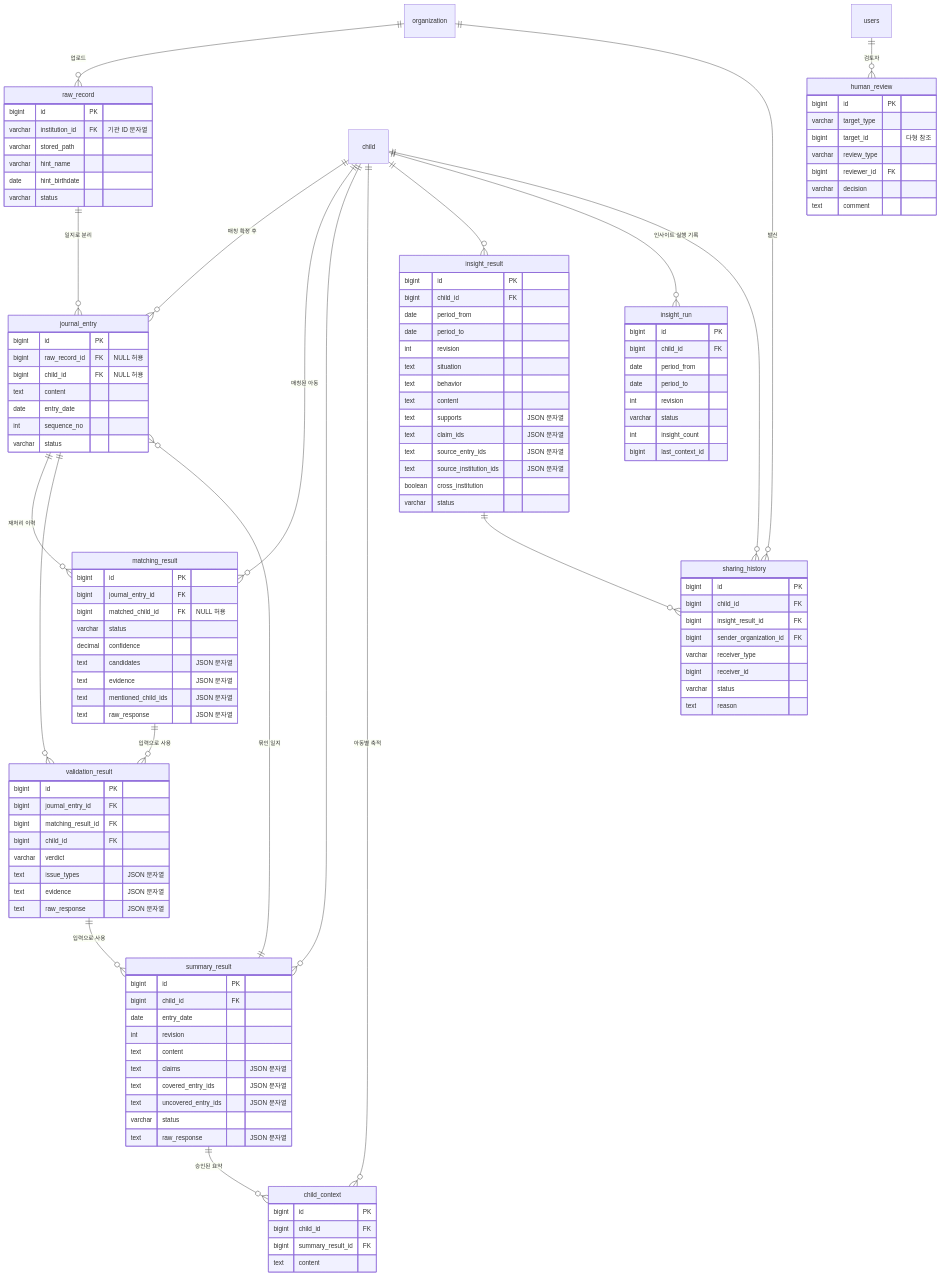
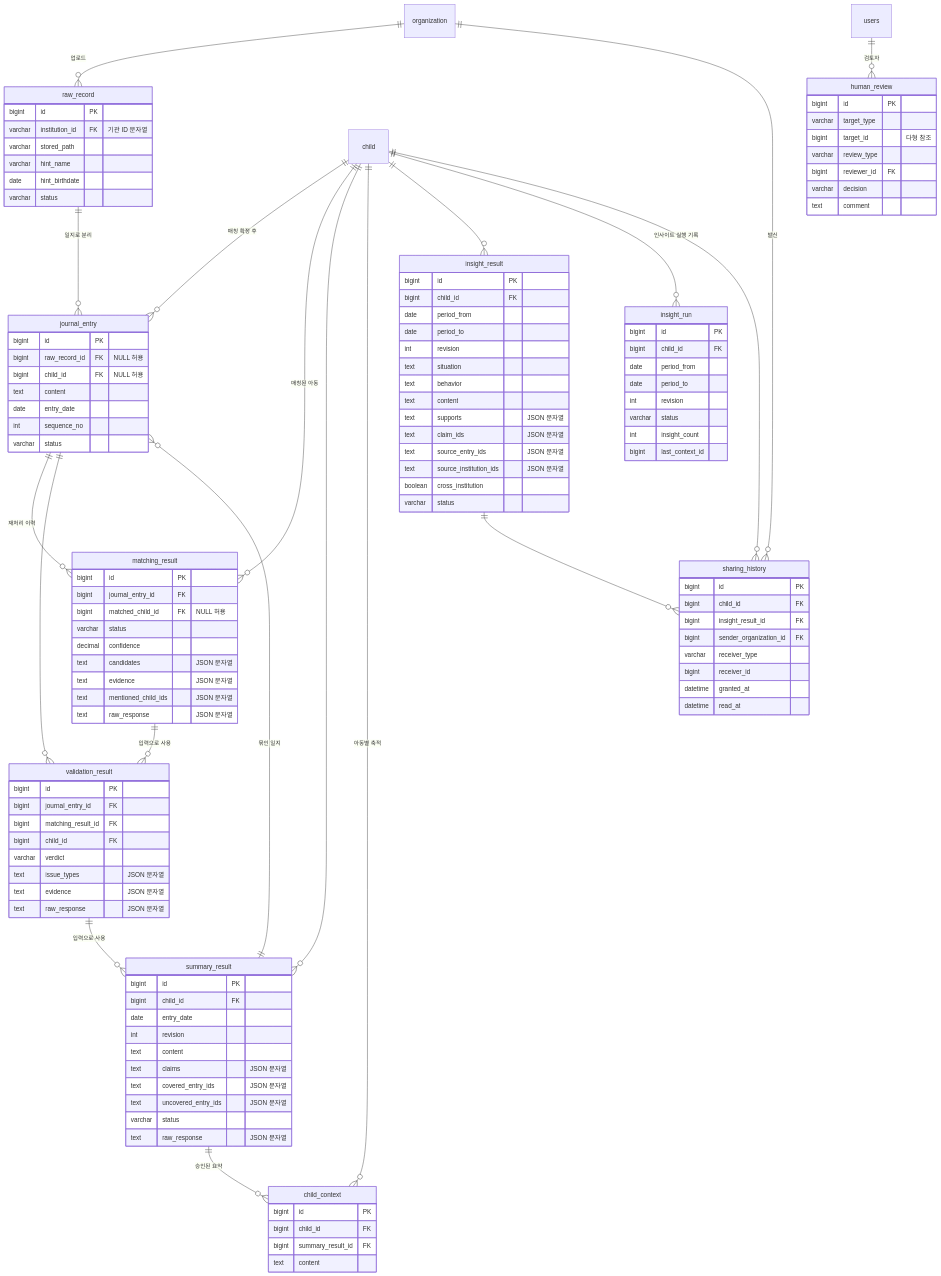
The second of 2 diagrams in docs/db/schema.md (kakaotechcampus-4/ktc4-kyungpook-2), drawn with Mermaid before and after one commit. The commit also changed other lines of this file and 1 other file, not shown here.

````diff
--- a/docs/db/schema.md
+++ b/docs/db/schema.md
@@ -270,7 +270,7 @@
         bigint sender_organization_id FK
         varchar receiver_type
         bigint receiver_id
-        varchar status
-        text reason
+        datetime granted_at
+        datetime read_at
     }
 ```
````
